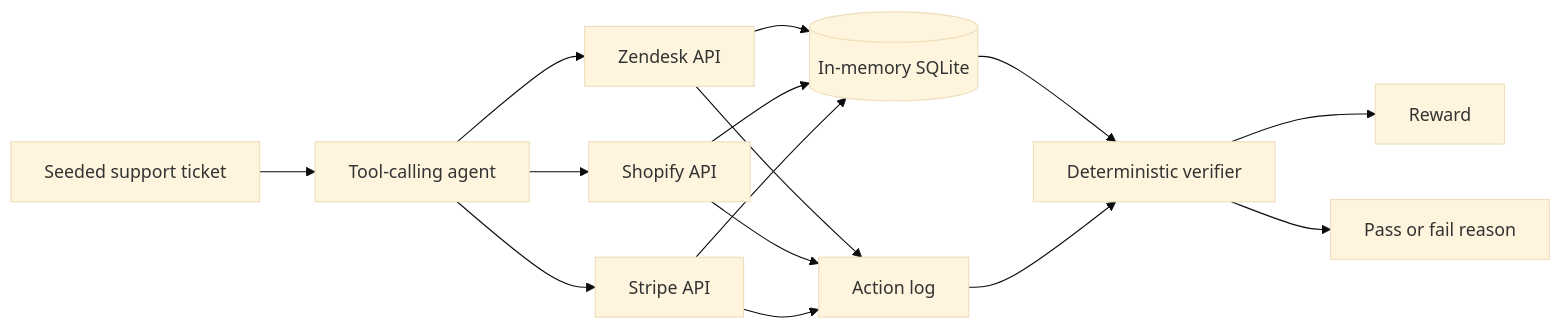
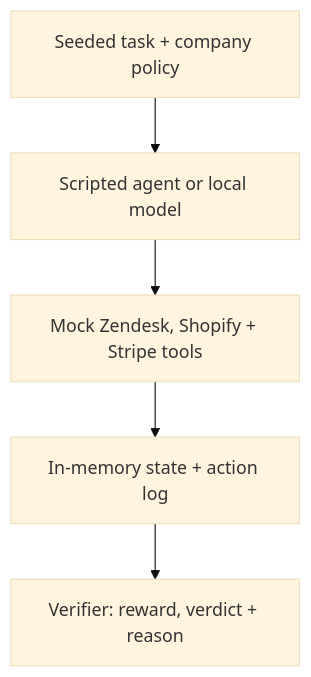
The diagram in README.md (mehi2005/statecraft), drawn with Mermaid (base theme) before and after one commit. The commit also changed other lines of this file and 2 other files, not shown here.

````diff
--- a/README.md
+++ b/README.md
@@ -37,21 +135,7 @@
 ```mermaid
-flowchart LR
-    A[Seeded support ticket] --> B[Tool-calling agent]
-    B --> C[Zendesk API]
-    B --> D[Shopify API]
-    B --> E[Stripe API]
-
-    C --> F[(In-memory SQLite)]
-    D --> F
-    E --> F
-
-    C --> G[Action log]
-    D --> G
-    E --> G
-
-    F --> H[Deterministic verifier]
-    G --> H
-
-    H --> I[Reward]
-    H --> J[Pass or fail reason]
+flowchart TD
+    A[Seeded task + company policy] --> B[Scripted agent or local model]
+    B --> C[Mock Zendesk, Shopify + Stripe tools]
+    C --> D[In-memory state + action log]
+    D --> E[Verifier: reward, verdict + reason]
 ```
````
